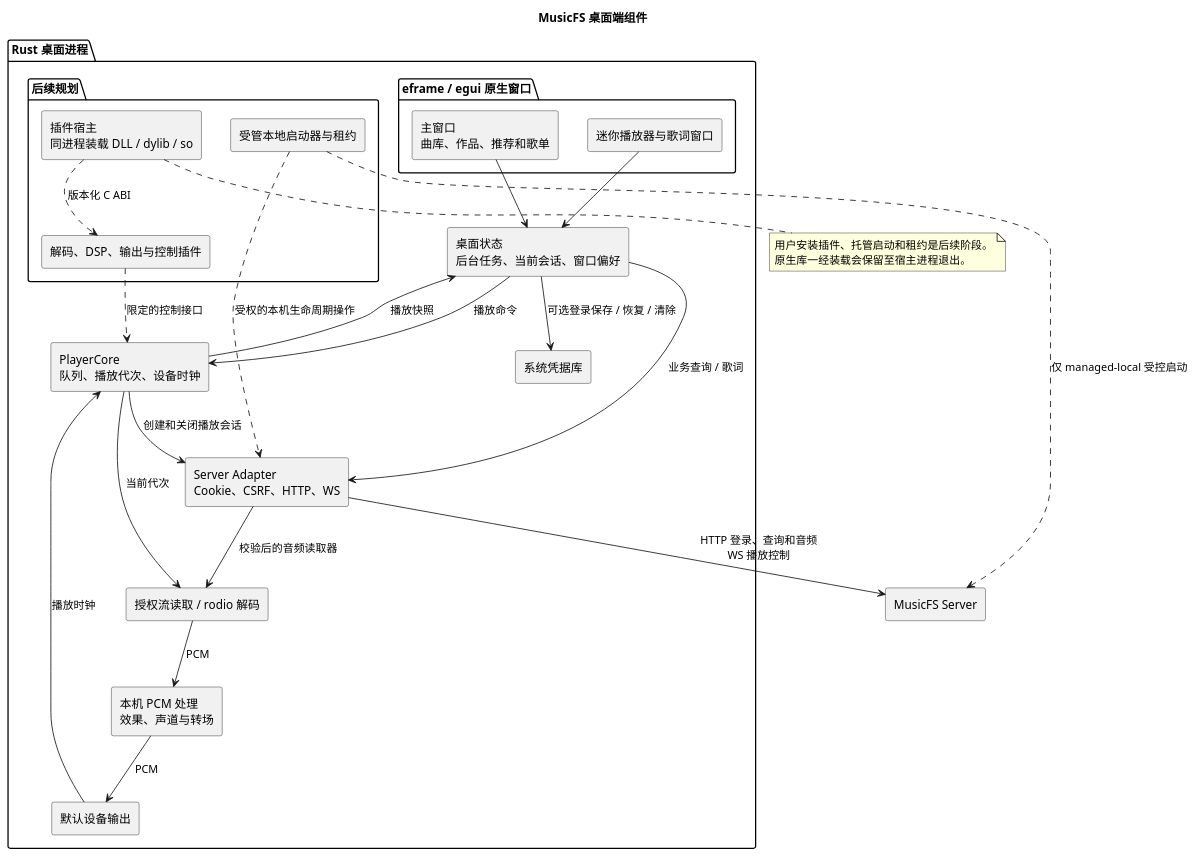
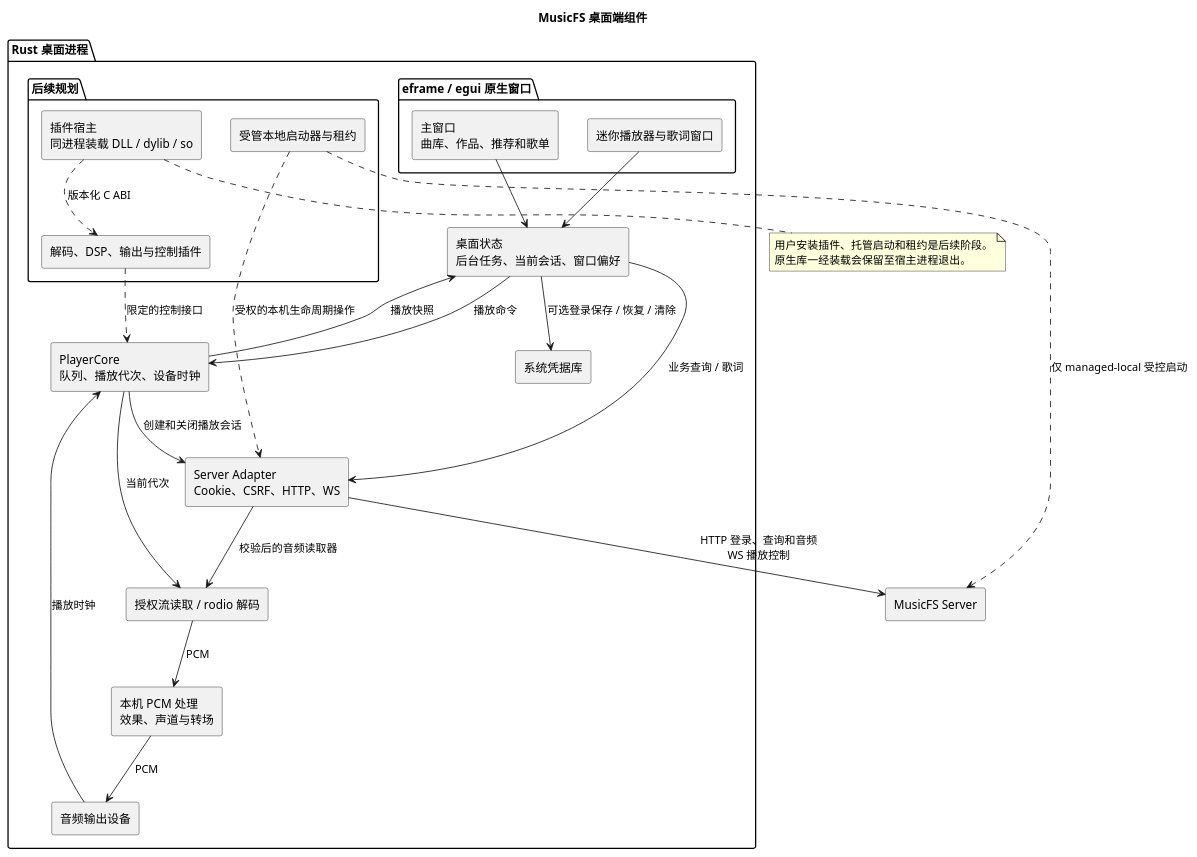
One commit to fnMrRice/MusicFS-client changed the diagram in docs/diagrams/desktop-components.puml. Above: the diagram before and after it, drawn with PlantUML. The commit also changed 25 other files, not shown here.

```diff
--- a/docs/diagrams/desktop-components.puml
+++ b/docs/diagrams/desktop-components.puml
@@ -1,46 +1,46 @@
 @startuml
 title MusicFS 桌面端组件
 skinparam componentStyle rectangle
 
 package "Rust 桌面进程" {
   package "eframe / egui 原生窗口" {
     component "主窗口\n曲库、作品、推荐和歌单" as Main
     component "迷你播放器与歌词窗口" as Mini
   }
   component "桌面状态\n后台任务、当前会话、窗口偏好" as Model
   component "PlayerCore\n队列、播放代次、设备时钟" as Core
   component "Server Adapter\nCookie、CSRF、HTTP、WS" as Adapter
   component "授权流读取 / rodio 解码" as Decode
   component "本机 PCM 处理\n效果、声道与转场" as DSP
-  component "默认设备输出" as Output
+  component "音频输出设备" as Output
   component "系统凭据库" as Credentials
   Main --> Model
   Mini --> Model
   Model --> Adapter : 业务查询 / 歌词
   Model --> Core : 播放命令
   Core --> Model : 播放快照
   Core --> Adapter : 创建和关闭播放会话
   Core --> Decode : 当前代次
   Adapter --> Decode : 校验后的音频读取器
   Decode --> DSP : PCM
   DSP --> Output : PCM
   Model --> Credentials : 可选登录保存 / 恢复 / 清除
   Output --> Core : 播放时钟
 
   package "后续规划" {
     component "插件宿主\n同进程装载 DLL / dylib / so" as Host
     component "解码、DSP、输出与控制插件" as Plugins
     component "受管本地启动器与租约" as Launcher
   }
   Host ..> Plugins : 版本化 C ABI
   Plugins ..> Core : 限定的控制接口
   Launcher ..> Adapter : 受权的本机生命周期操作
 }
 component "MusicFS Server" as Server
 Adapter --> Server : HTTP 登录、查询和音频\nWS 播放控制
 Launcher ..> Server : 仅 managed-local 受控启动
 note bottom of Host
   用户安装插件、托管启动和租约是后续阶段。
   原生库一经装载会保留至宿主进程退出。
 end note
 @enduml
```
